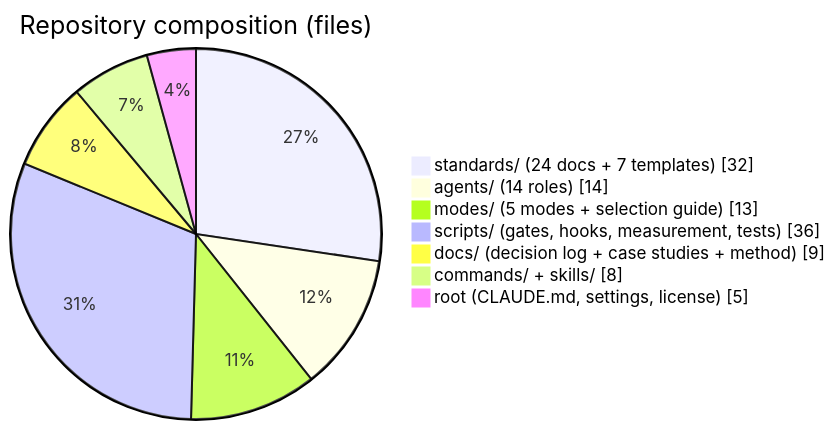
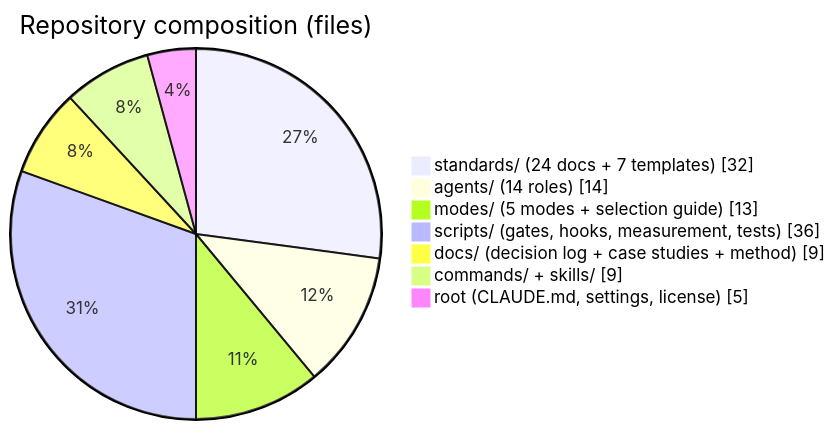
Before and after one commit to adyusuf/claude-code-standards: the second of 4 diagrams in README.md, drawn with Mermaid. The commit also changed other lines of this file and 2 other files, not shown here.

Commit message:
feat(commands): /adyusuf:panels exists as a file where the mod does not load
The rail mod registers the command at session start, so a client that does not load
mods had no /adyusuf:panels at all. commands/panels.md is the fallback: it prints the
settings and points to /adyusuf:config. README counts updated; layout test added.

````diff
--- a/README.md
+++ b/README.md
@@ -211,10 +211,10 @@
 ```mermaid
 pie showData title Repository composition (files)
  "standards/ (24 docs + 7 templates)" : 32
  "agents/ (14 roles)" : 14
  "modes/ (5 modes + selection guide)" : 13
  "scripts/ (gates, hooks, measurement, tests)" : 36
  "docs/ (decision log + case studies + method)" : 9
- "commands/ + skills/" : 8
+ "commands/ + skills/" : 9
  "root (CLAUDE.md, settings, license)" : 5
 ```
````
